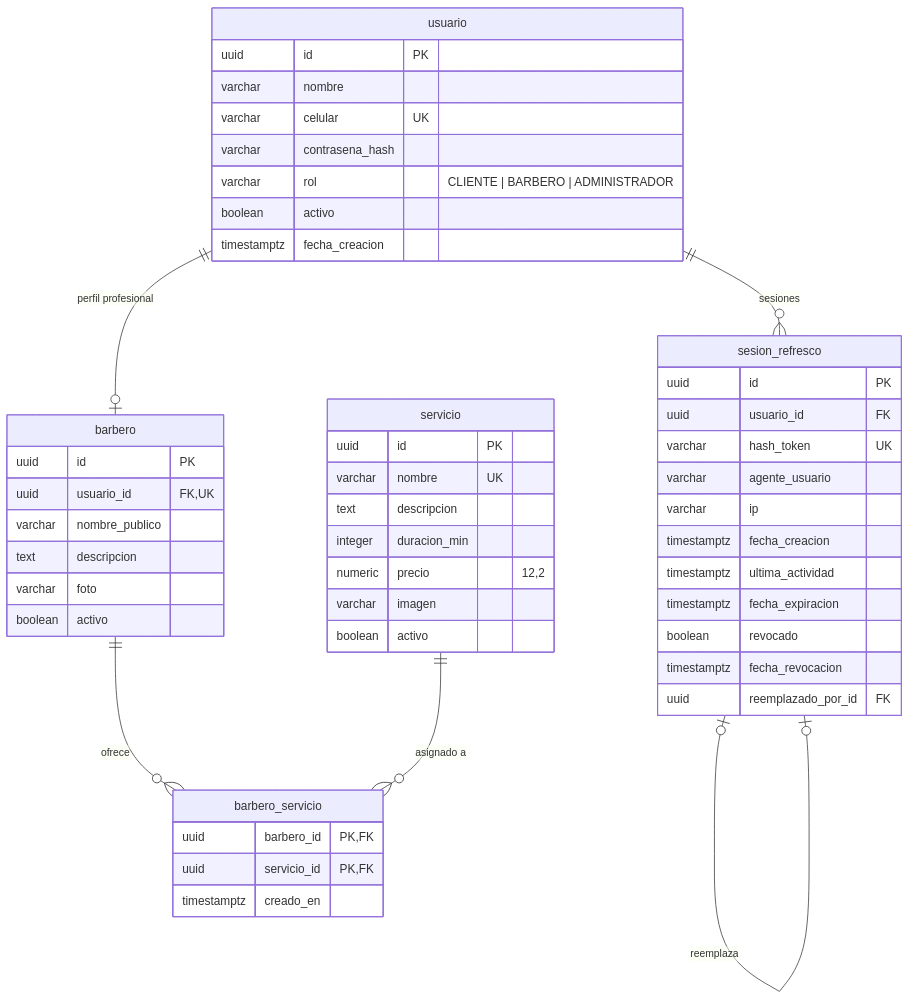
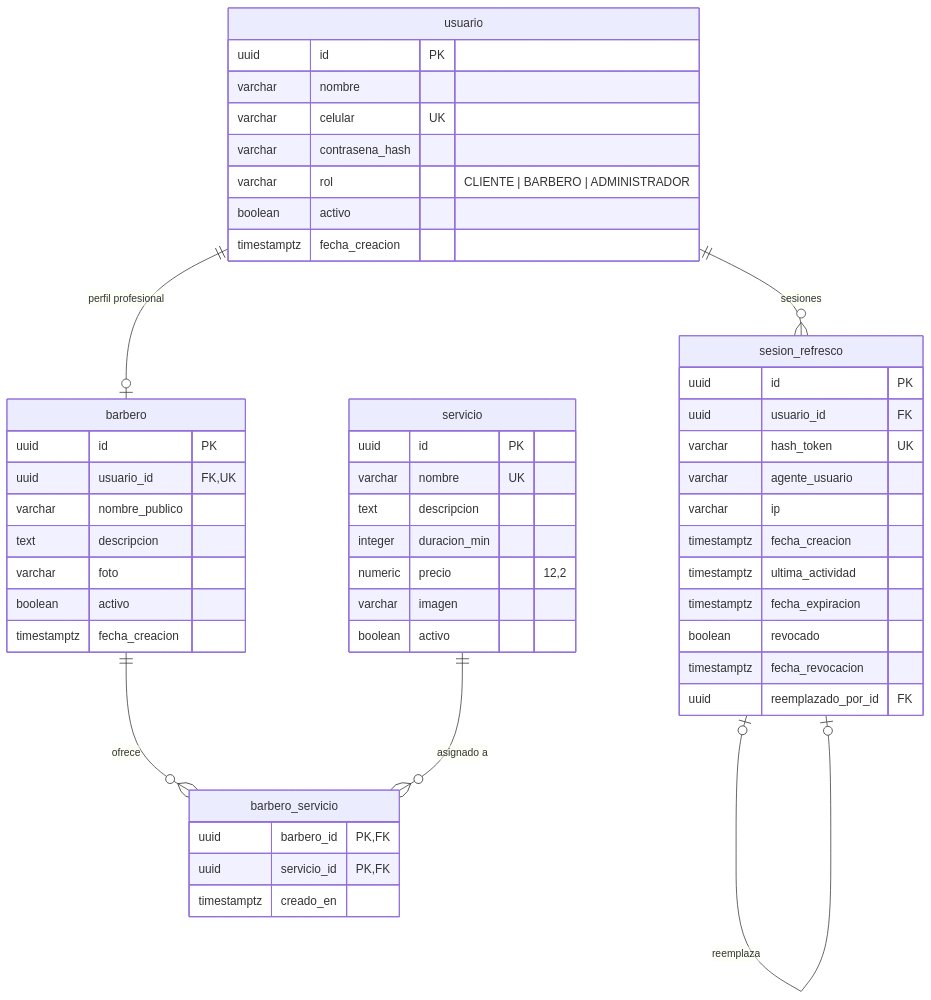
One commit to SantiagoBastidas04/oalbarber changed the first of 2 diagrams in docs/arquitectura/modelo-datos.md. Above: the diagram before and after it, drawn with Mermaid. The commit also changed other lines of this file and 8 other files, not shown here.

````diff
--- a/docs/arquitectura/modelo-datos.md
+++ b/docs/arquitectura/modelo-datos.md
@@ -14,57 +15,58 @@
 ```mermaid
 erDiagram
     usuario {
         uuid id PK
         varchar nombre
         varchar celular UK
         varchar contrasena_hash
         varchar rol "CLIENTE | BARBERO | ADMINISTRADOR"
         boolean activo
         timestamptz fecha_creacion
     }
 
     sesion_refresco {
         uuid id PK
         uuid usuario_id FK
         varchar hash_token UK
         varchar agente_usuario
         varchar ip
         timestamptz fecha_creacion
         timestamptz ultima_actividad
         timestamptz fecha_expiracion
         boolean revocado
         timestamptz fecha_revocacion
         uuid reemplazado_por_id FK
     }
 
     servicio {
         uuid id PK
         varchar nombre UK
         text descripcion
         integer duracion_min
         numeric precio "12,2"
         varchar imagen
         boolean activo
     }
 
     barbero {
         uuid id PK
         uuid usuario_id FK, UK
         varchar nombre_publico
         text descripcion
         varchar foto
         boolean activo
+        timestamptz fecha_creacion
     }
 
     barbero_servicio {
         uuid barbero_id PK, FK
         uuid servicio_id PK, FK
         timestamptz creado_en
     }
 
     usuario ||--o{ sesion_refresco : "sesiones"
     sesion_refresco o|--o| sesion_refresco : "reemplaza"
     usuario ||--o| barbero : "perfil profesional"
     barbero ||--o{ barbero_servicio : "ofrece"
     servicio ||--o{ barbero_servicio : "asignado a"
 ```
````
